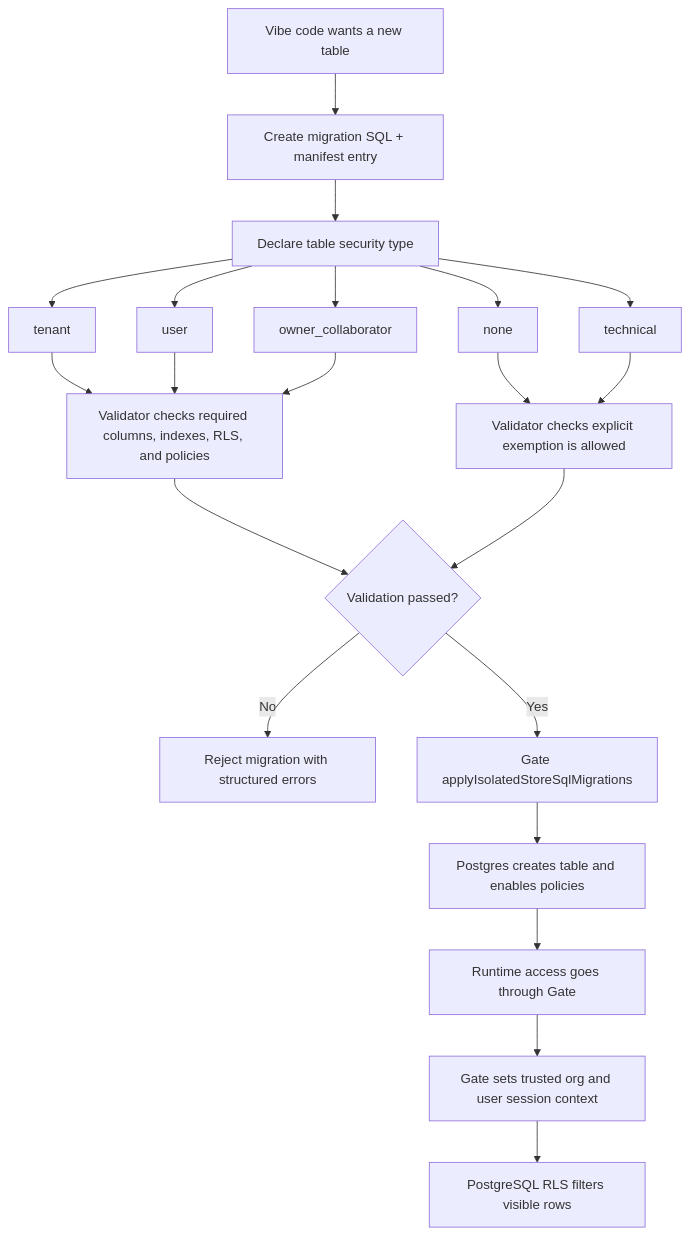
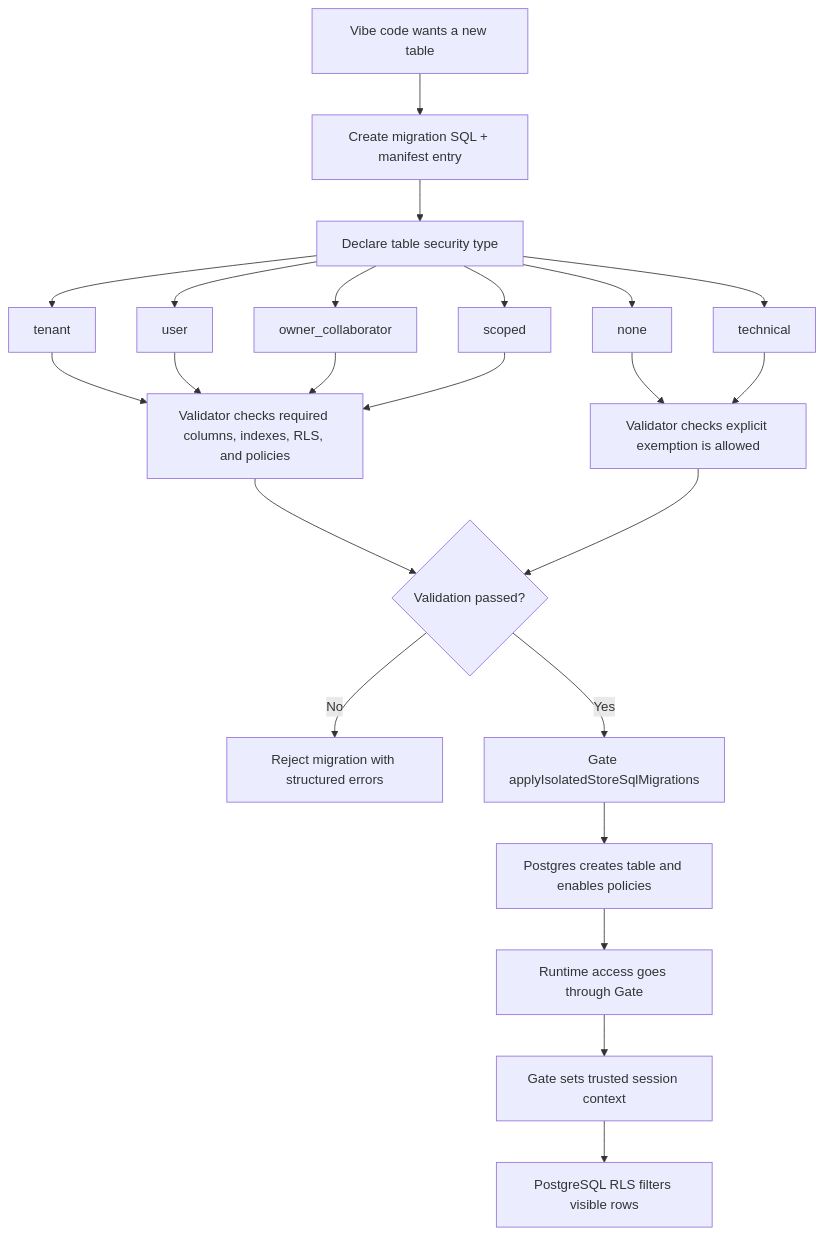
The fourth of 4 diagrams in project-template/.claude/skills/fusebase-gate/references/isolated-sql-rls-plan.md (fusebase-dev/fusebase-cli), drawn with Mermaid before and after one commit. The commit also changed other lines of this file and 18 other files, not shown here.

````diff
--- a/project-template/.claude/skills/fusebase-gate/references/isolated-sql-rls-plan.md
+++ b/project-template/.claude/skills/fusebase-gate/references/isolated-sql-rls-plan.md
@@ -403,26 +562,28 @@
 ```mermaid
 flowchart TD
   A["Vibe code wants a new table"] --> B["Create migration SQL + manifest entry"]
   B --> C["Declare table security type"]
   C --> C1["tenant"]
   C --> C2["user"]
   C --> C3["owner_collaborator"]
-  C --> C4["none"]
-  C --> C5["technical"]
+  C --> C4["scoped"]
+  C --> C5["none"]
+  C --> C6["technical"]
 
   C1 --> D["Validator checks required columns, indexes, RLS, and policies"]
   C2 --> D
   C3 --> D
-  C4 --> E["Validator checks explicit exemption is allowed"]
-  C5 --> E
+  C4 --> D
+  C5 --> E["Validator checks explicit exemption is allowed"]
+  C6 --> E
 
   D --> F{"Validation passed?"}
   E --> F
 
   F -- "No" --> G["Reject migration with structured errors"]
   F -- "Yes" --> H["Gate applyIsolatedStoreSqlMigrations"]
   H --> I["Postgres creates table and enables policies"]
   I --> J["Runtime access goes through Gate"]
-  J --> K["Gate sets trusted org and user session context"]
+  J --> K["Gate sets trusted session context"]
   K --> L["PostgreSQL RLS filters visible rows"]
 ```
````
